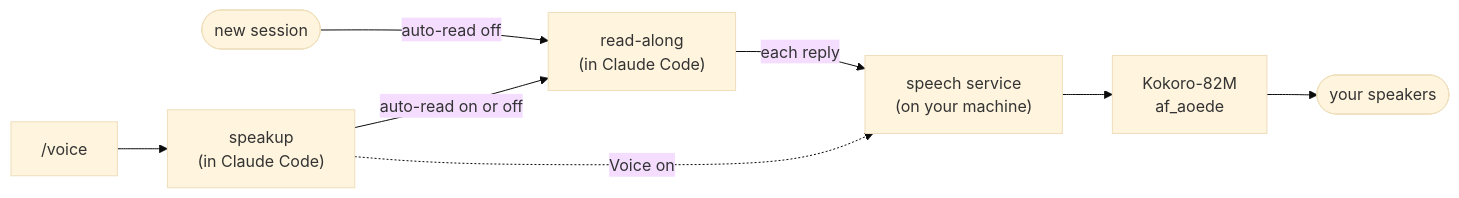
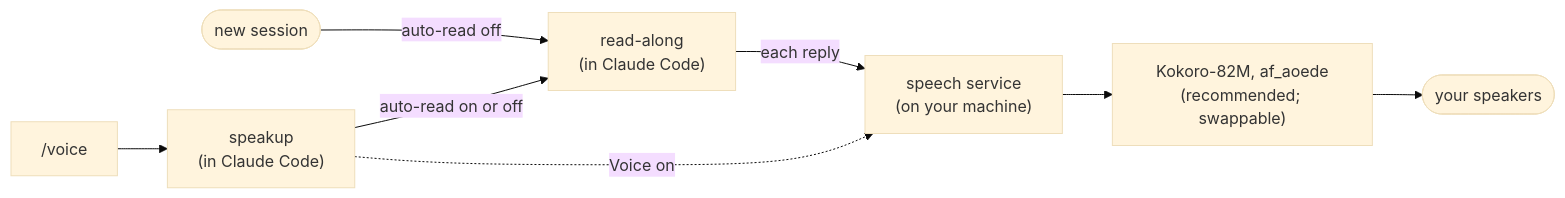
One commit to tim-rayner/mods changed the diagram in speakup/README.md. Above: the diagram before and after it, drawn with Mermaid (base theme). The commit also changed other lines of this file and 3 other files, not shown here.

Commit message:
speakup: Kokoro-82M as the recommended voice model, swappable

````diff
--- a/speakup/README.md
+++ b/speakup/README.md
@@ -221,9 +229,9 @@
 ```mermaid
 flowchart LR
     start(["new session"]) -- "auto-read off" --> ra
     voice["/voice"] --> mod["speakup<br/>(in Claude Code)"]
     mod -- "auto-read on or off" --> ra["read-along<br/>(in Claude Code)"]
     mod -. "Voice on" .-> service
     ra -- "each reply" --> service["speech service<br/>(on your machine)"]
-    service --> kokoro["Kokoro-82M<br/>af_aoede"] --> speakers(["your speakers"])
+    service --> kokoro["Kokoro-82M, af_aoede<br/>(recommended; swappable)"] --> speakers(["your speakers"])
 ```
````
